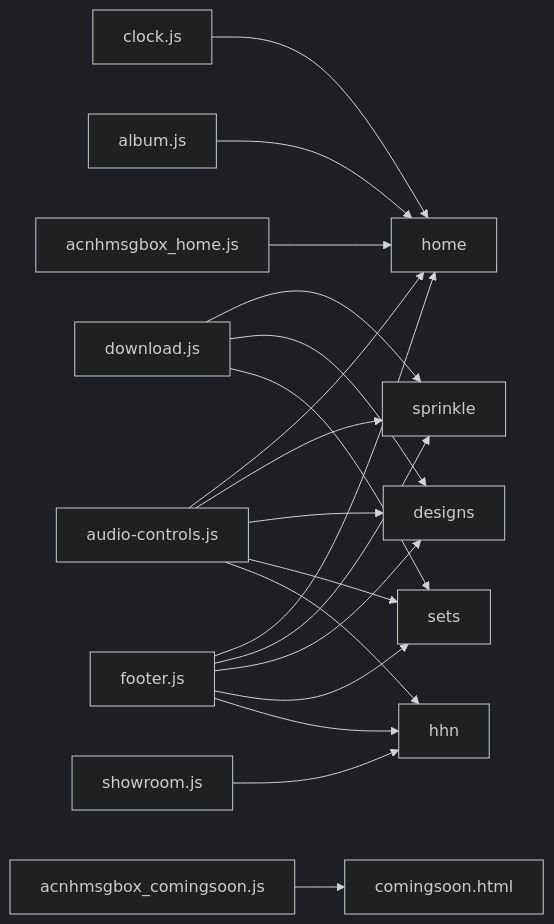
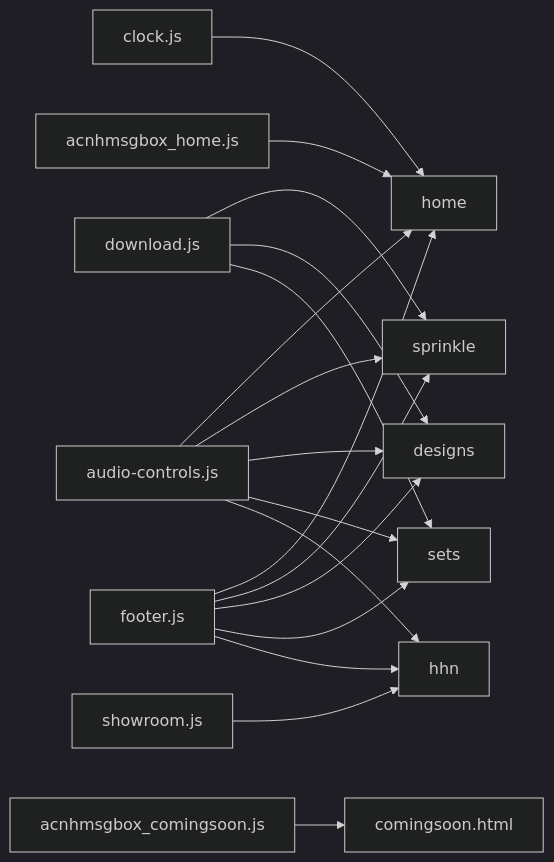
Before and after one commit to Reper2/acnh: the second of 2 diagrams in README.md, drawn with Mermaid (dark theme). The commit also changed other lines of this file and 73 other files, not shown here.

````diff
--- a/README.md
+++ b/README.md
@@ -94,28 +89,26 @@
 ```mermaid
 graph LR;
     clock.js-->home
-
-    album.js-->home
 
     download.js-->sprinkle
     download.js-->designs
     download.js-->sets
 
     showroom.js-->hhn
 
     acnhmsgbox_home.js-->home
 
     acnhmsgbox_comingsoon.js-->comingsoon.html
 
     audio-controls.js-->home
     audio-controls.js-->sprinkle
     audio-controls.js-->designs
     audio-controls.js-->sets
     audio-controls.js-->hhn
 
     footer.js-->home
     footer.js-->sprinkle
     footer.js-->designs
     footer.js-->sets
     footer.js-->hhn
 ```
````
